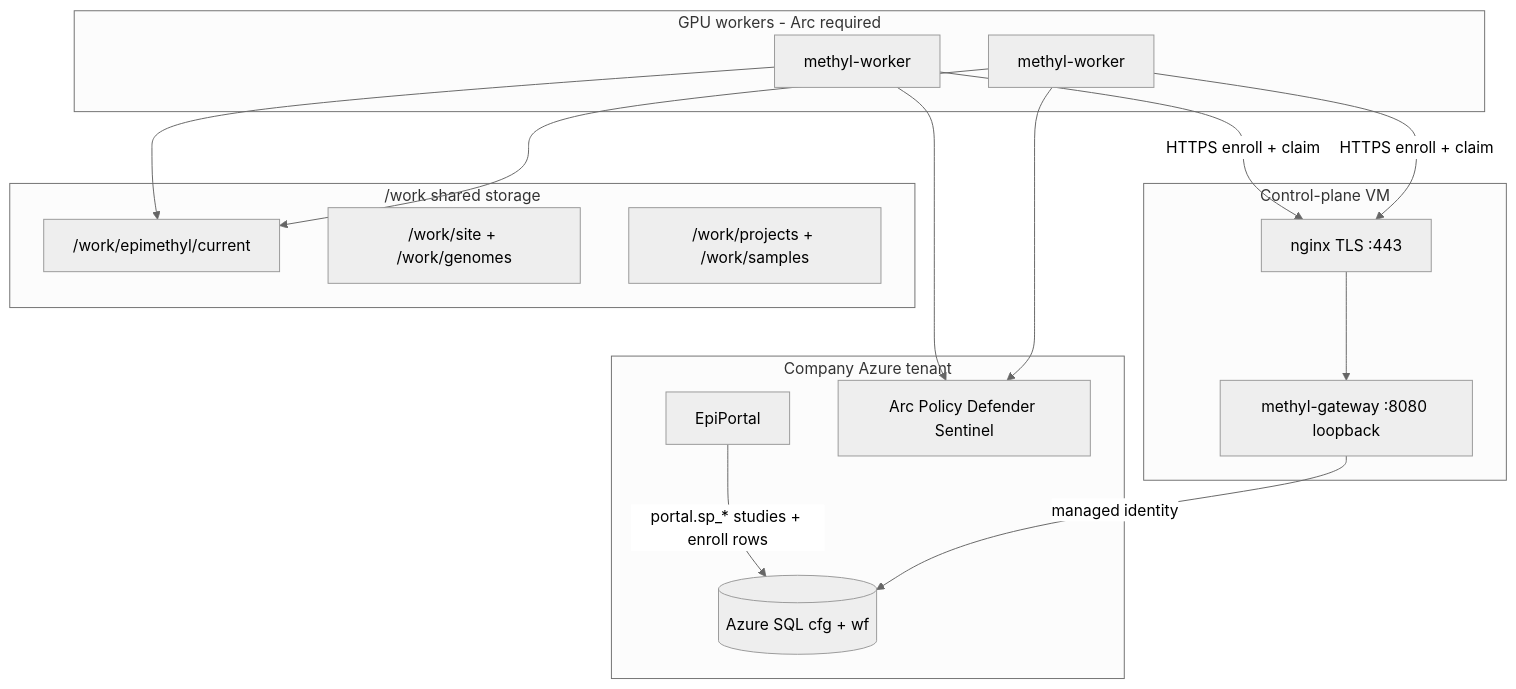
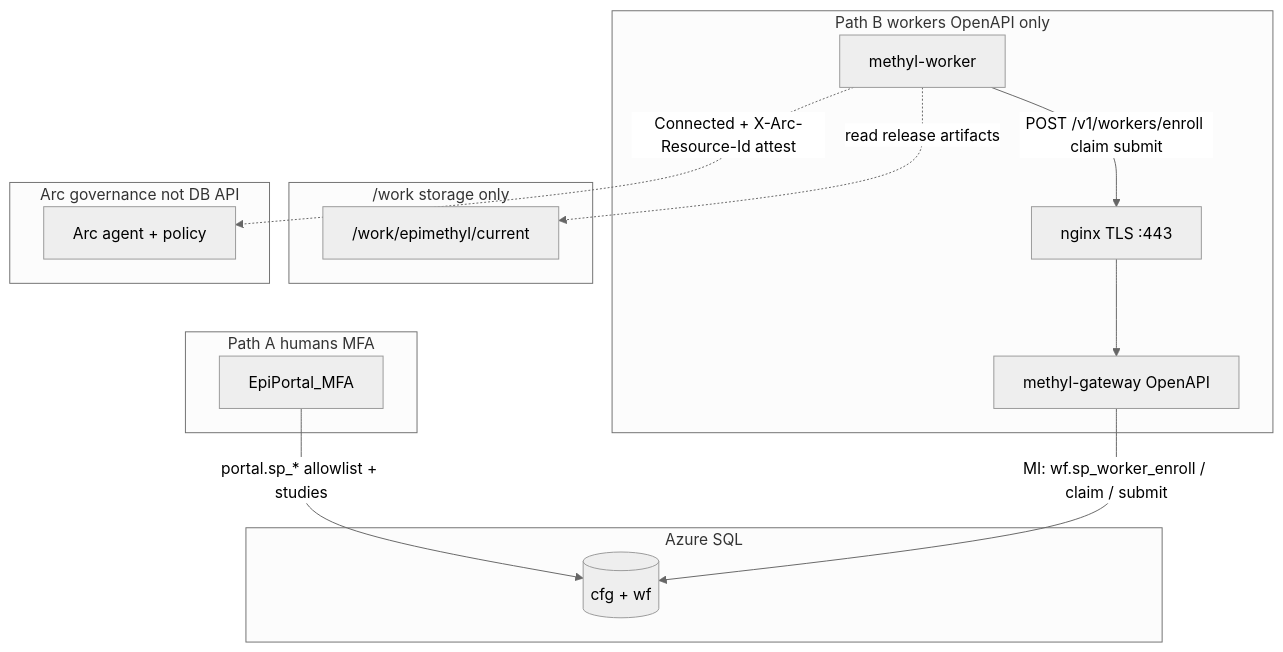
Before and after one commit to Goliath-Research/GoliathWorkflow: the diagram in docs/deployment/production-platform.md, drawn with Mermaid (neutral theme). The commit also changed other lines of this file, not shown here.

Commit message:
Update production platform documentation to clarify access paths and enrollment processes
- Added distinct access paths for preregistration and enrollment, emphasizing the separation of roles for EpiPortal and methyl-worker.
- Revised flowchart to illustrate the updated architecture, including the roles of the methyl-gateway and Azure SQL.
- Introduced a new access model table detailing how different actors interact with Azure SQL and the evidence of their actions.
- Clarified hard rules for production regarding worker enrollment and Azure Arc requirements.

````diff
--- a/docs/deployment/production-platform.md
+++ b/docs/deployment/production-platform.md
@@ -19,30 +21,27 @@
 ```mermaid
 flowchart TB
-  subgraph companyAzure [Company Azure tenant]
-    Portal[EpiPortal]
-    SQL[(Azure SQL cfg + wf)]
-    ArcCtrl[Arc Policy Defender Sentinel]
+  subgraph pathA [Path A humans MFA]
+    Portal[EpiPortal_MFA]
   end
-  subgraph controlPlane [Control-plane VM]
+  subgraph pathB [Path B workers OpenAPI only]
+    W1[methyl-worker]
     Nginx[nginx TLS :443]
-    GW[methyl-gateway :8080 loopback]
+    GW[methyl-gateway OpenAPI]
   end
-  subgraph shared ["/work shared storage"]
+  subgraph dataPlane [Azure SQL]
+    SQL[(cfg + wf)]
+  end
+  subgraph shared ["/work storage only"]
     Rel["/work/epimethyl/current"]
-    Site["/work/site + /work/genomes"]
-    Proj["/work/projects + /work/samples"]
   end
-  subgraph workers [GPU workers - Arc required]
-    W1[methyl-worker]
-    W2[methyl-worker]
+  subgraph arcGov [Arc governance not DB API]
+    ArcAgent[Arc agent + policy]
   end
-  Portal -->|portal.sp_* studies + enroll rows| SQL
-  GW -->|managed identity| SQL
+
+  Portal -->|"portal.sp_* allowlist + studies"| SQL
+  W1 -->|"POST /v1/workers/enroll claim submit"| Nginx
   Nginx --> GW
-  W1 -->|HTTPS enroll + claim| Nginx
-  W2 -->|HTTPS enroll + claim| Nginx
-  W1 --> Rel
-  W2 --> Rel
-  W1 --> ArcCtrl
-  W2 --> ArcCtrl
+  GW -->|"MI: wf.sp_worker_enroll / claim / submit"| SQL
+  W1 -.->|read release artifacts| Rel
+  W1 -.->|Connected + X-Arc-Resource-Id attest| ArcAgent
 ```
````
